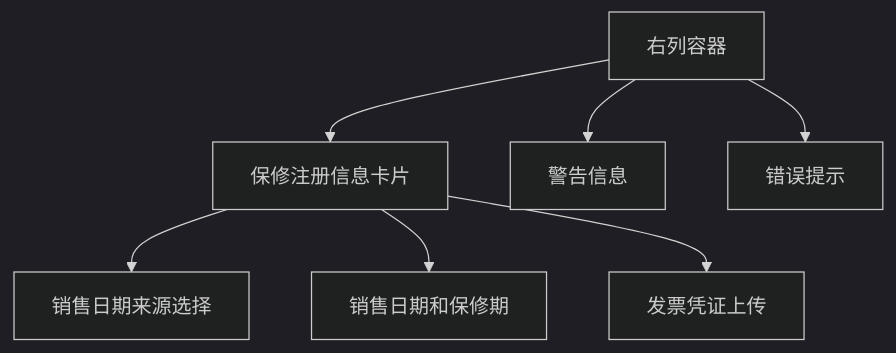
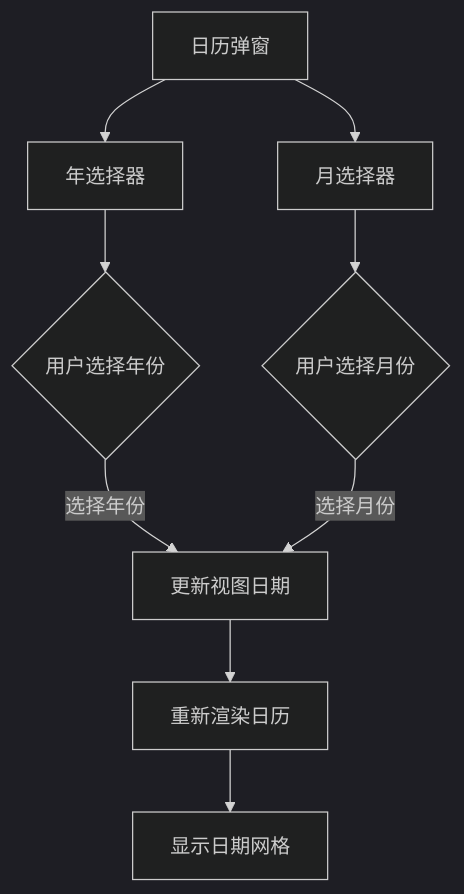
Before and after one commit to CubeEdge/Longhorn: the tenth of 21 diagrams in .qoder/repowiki/zh/content/前端组件架构/保修注册模态框组件.md, drawn with Mermaid (dark theme). The commit also changed other lines of this file and 53 other files, not shown here.

````diff
--- a/.qoder/repowiki/zh/content/前端组件架构/保修注册模态框组件.md
+++ b/.qoder/repowiki/zh/content/前端组件架构/保修注册模态框组件.md
@@ -334,9 +428,11 @@
 ```mermaid
 graph TD
-A[右列容器] --> B[保修注册信息卡片]
-B --> C[销售日期来源选择]
-B --> D[销售日期和保修期]
-B --> E[发票凭证上传]
-A --> F[警告信息]
-A --> G[错误提示]
+A[日历弹窗] --> B[年选择器]
+A --> C[月选择器]
+B --> D{用户选择年份}
+D --> |选择年份| E[更新视图日期]
+C --> F{用户选择月份}
+F --> |选择月份| E
+E --> G[重新渲染日历]
+G --> H[显示日期网格]
 ```
````
